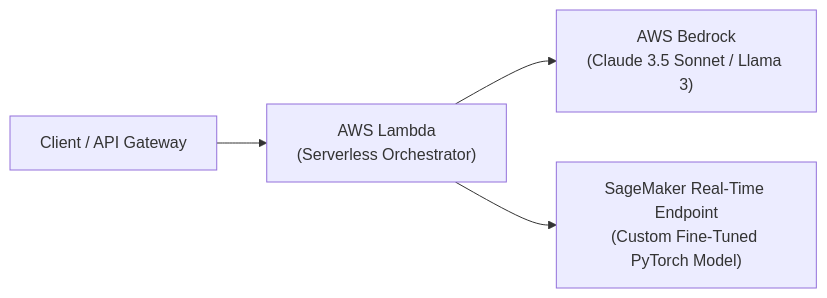
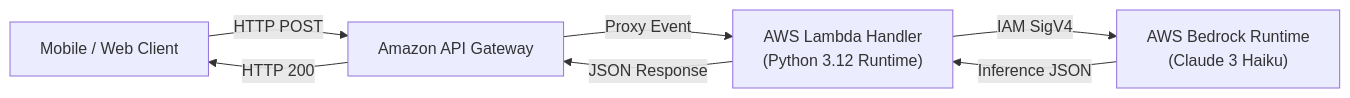
The diagram in docs/07-cloud-ai-fine-tuning/01-generative-ai-on-aws-krishnaik/05-2-complete-end-to-end-generative-ai-proj.md (DeshDeepakKant/ai-engineering-docs), drawn with Mermaid before and after one commit. The commit also changed other lines of this file and 182 other files, not shown here.

````diff
--- a/docs/07-cloud-ai-fine-tuning/01-generative-ai-on-aws-krishnaik/05-2-complete-end-to-end-generative-ai-proj.md
+++ b/docs/07-cloud-ai-fine-tuning/01-generative-ai-on-aws-krishnaik/05-2-complete-end-to-end-generative-ai-proj.md
@@ -35,6 +36,9 @@
 ```mermaid
 flowchart LR
-    Client["Client / API Gateway"] --> Lambda["AWS Lambda\n(Serverless Orchestrator)"]
-    Lambda --> Bedrock["AWS Bedrock\n(Claude 3.5 Sonnet / Llama 3)"]
-    Lambda --> SageMaker["SageMaker Real-Time Endpoint\n(Custom Fine-Tuned PyTorch Model)"]
+    Client["Mobile / Web Client"] -->|HTTP POST| APIGW["Amazon API Gateway"]
+    APIGW -->|Proxy Event| Lambda["AWS Lambda Handler\n(Python 3.12 Runtime)"]
+    Lambda -->|IAM SigV4| Bedrock["AWS Bedrock Runtime\n(Claude 3 Haiku)"]
+    Bedrock -->|Inference JSON| Lambda
+    Lambda -->|JSON Response| APIGW
+    APIGW -->|HTTP 200| Client
 ```
````
